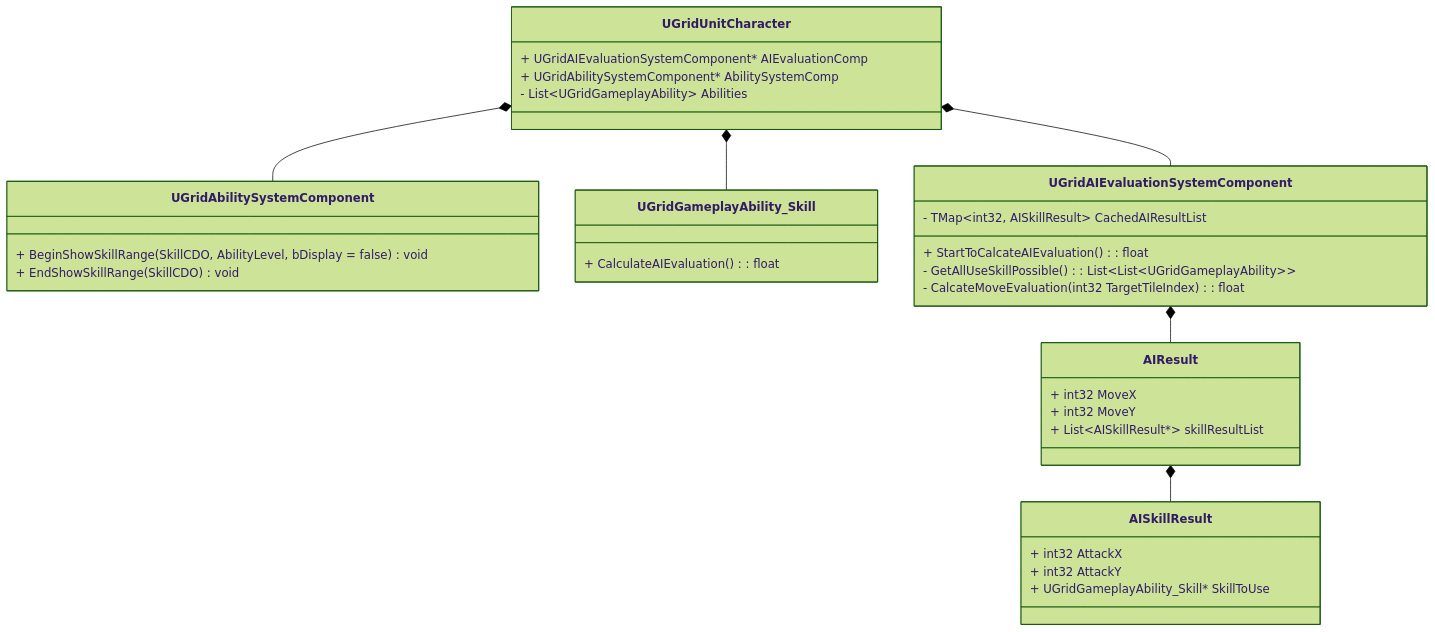
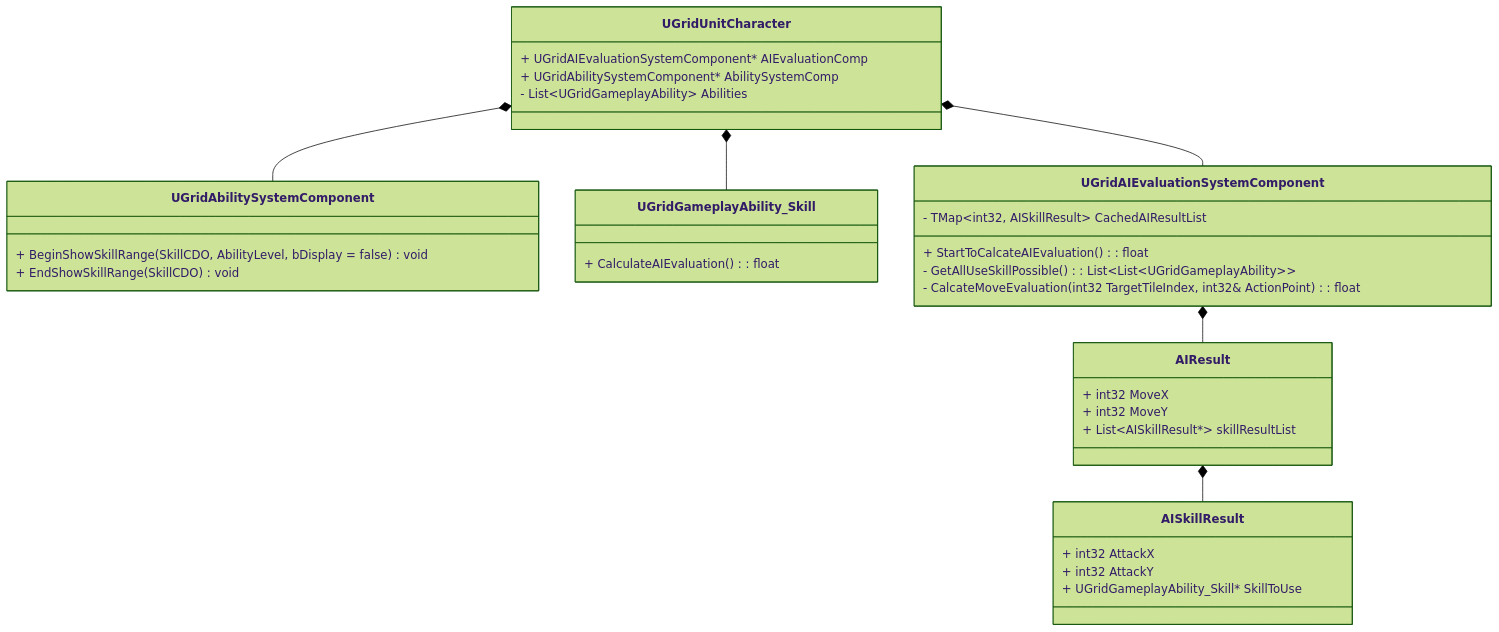
Before and after one commit to krikommp/MyNote: the diagram in SLGGameDev/AIEvaluationSystem.md, drawn with Mermaid (forest theme). The commit also changed other lines of this file and 1 other file, not shown here.

````diff
--- a/SLGGameDev/AIEvaluationSystem.md
+++ b/SLGGameDev/AIEvaluationSystem.md
@@ -21,43 +21,43 @@
 ```mermaid
 classDiagram
 class AIResult {
 	+ int32 MoveX
 	+ int32 MoveY
 	+ List~AISkillResult*~ skillResultList
 }
 
 class AISkillResult {
 	+ int32 AttackX
 	+ int32 AttackY
 	+ UGridGameplayAbility_Skill* SkillToUse
 }
 
 AIResult *-- AISkillResult
 
 class UGridAbilitySystemComponent {
 	+ BeginShowSkillRange(SkillCDO, AbilityLevel, bDisplay = false) void
 	+ EndShowSkillRange(SkillCDO) void
 }
 
 class UGridGameplayAbility_Skill {
 	+ CalculateAIEvaluation() : float
 }
 
 class UGridAIEvaluationSystemComponent {
 	+ StartToCalcateAIEvaluation() : float
 	- GetAllUseSkillPossible() : List~List~UGridGameplayAbility~~
-	- CalcateMoveEvaluation(int32 TargetTileIndex) : float
+	- CalcateMoveEvaluation(int32 TargetTileIndex, int32& ActionPoint) : float
 	- TMap~int32, AISkillResult~ CachedAIResultList
 }
 
 class UGridUnitCharacter {
 	+ UGridAIEvaluationSystemComponent* AIEvaluationComp
 	+ UGridAbilitySystemComponent* AbilitySystemComp
 	- List~UGridGameplayAbility~ Abilities
 }
 
 UGridUnitCharacter *-- UGridAIEvaluationSystemComponent
 UGridUnitCharacter *-- UGridAbilitySystemComponent
 UGridUnitCharacter *-- UGridGameplayAbility_Skill
 UGridAIEvaluationSystemComponent *-- AIResult
 ```
````
